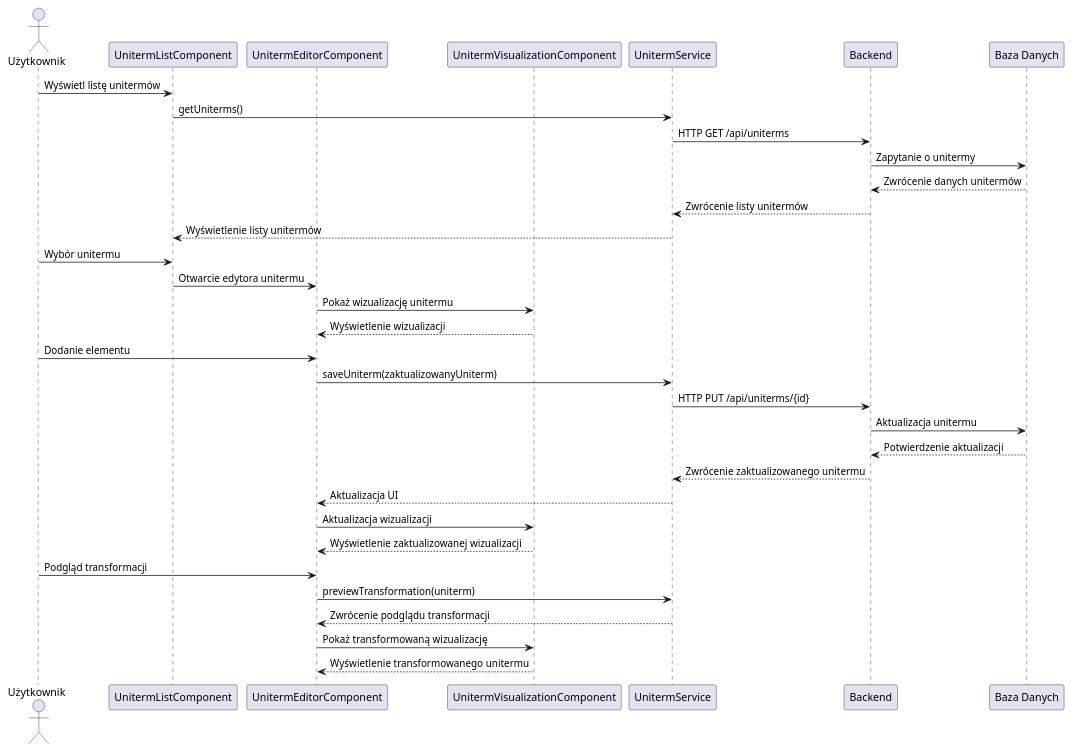
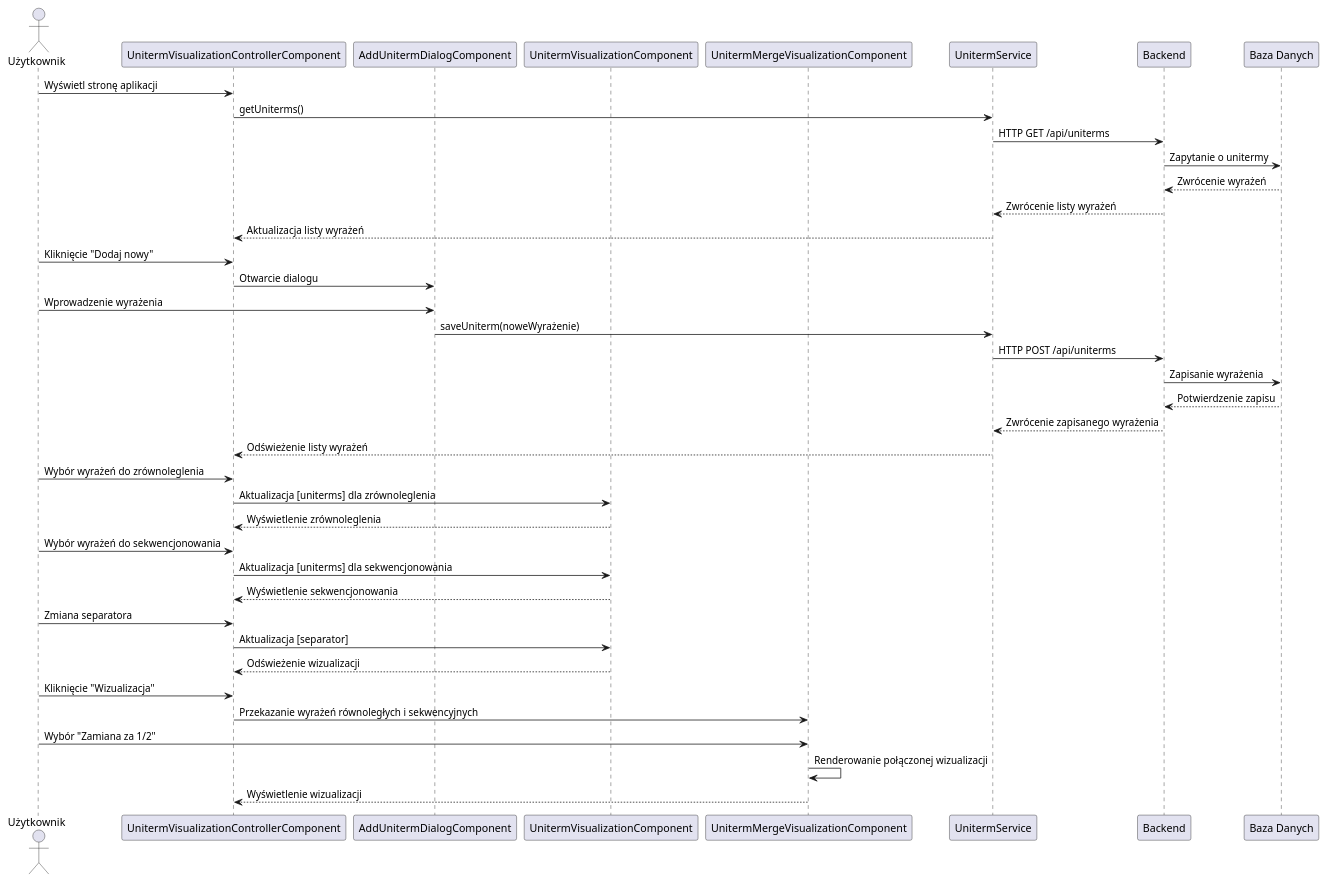
One commit to miluski/Uniterm changed the diagram in documentation/diagrams/sequence/diagram.wsd. Above: the diagram before and after it, drawn with PlantUML. The commit also changed 13 other files, not shown here.

```diff
--- a/documentation/diagrams/sequence/diagram.wsd
+++ b/documentation/diagrams/sequence/diagram.wsd
@@ -1,38 +1,46 @@
 @startuml
 actor Użytkownik
-participant "UnitermListComponent" as ULC
-participant "UnitermEditorComponent" as UEC
+participant "UnitermVisualizationControllerComponent" as UVCC
+participant "AddUnitermDialogComponent" as AUDC
 participant "UnitermVisualizationComponent" as UVC
+participant "UnitermMergeVisualizationComponent" as UMVC
 participant "UnitermService" as US
 participant "Backend" as BE
 participant "Baza Danych" as DB
 
-Użytkownik -> ULC: Wyświetl listę unitermów
-ULC -> US: getUniterms()
+Użytkownik -> UVCC: Wyświetl stronę aplikacji
+UVCC -> US: getUniterms()
 US -> BE: HTTP GET /api/uniterms
 BE -> DB: Zapytanie o unitermy
-DB --> BE: Zwrócenie danych unitermów
-BE --> US: Zwrócenie listy unitermów
-US --> ULC: Wyświetlenie listy unitermów
+DB --> BE: Zwrócenie wyrażeń
+BE --> US: Zwrócenie listy wyrażeń
+US --> UVCC: Aktualizacja listy wyrażeń
 
-Użytkownik -> ULC: Wybór unitermu
-ULC -> UEC: Otwarcie edytora unitermu
-UEC -> UVC: Pokaż wizualizację unitermu
-UVC --> UEC: Wyświetlenie wizualizacji
+Użytkownik -> UVCC: Kliknięcie "Dodaj nowy"
+UVCC -> AUDC: Otwarcie dialogu
+Użytkownik -> AUDC: Wprowadzenie wyrażenia
+AUDC -> US: saveUniterm(noweWyrażenie)
+US -> BE: HTTP POST /api/uniterms
+BE -> DB: Zapisanie wyrażenia
+DB --> BE: Potwierdzenie zapisu
+BE --> US: Zwrócenie zapisanego wyrażenia
+US --> UVCC: Odświeżenie listy wyrażeń
 
-Użytkownik -> UEC: Dodanie elementu
-UEC -> US: saveUniterm(zaktualizowanyUniterm)
-US -> BE: HTTP PUT /api/uniterms/{id}
-BE -> DB: Aktualizacja unitermu
-DB --> BE: Potwierdzenie aktualizacji
-BE --> US: Zwrócenie zaktualizowanego unitermu
-US --> UEC: Aktualizacja UI
-UEC -> UVC: Aktualizacja wizualizacji
-UVC --> UEC: Wyświetlenie zaktualizowanej wizualizacji
+Użytkownik -> UVCC: Wybór wyrażeń do zrównoleglenia
+UVCC -> UVC: Aktualizacja [uniterms] dla zrównoleglenia
+UVC --> UVCC: Wyświetlenie zrównoleglenia
 
-Użytkownik -> UEC: Podgląd transformacji
-UEC -> US: previewTransformation(uniterm)
-US --> UEC: Zwrócenie podglądu transformacji
-UEC -> UVC: Pokaż transformowaną wizualizację
-UVC --> UEC: Wyświetlenie transformowanego unitermu
+Użytkownik -> UVCC: Wybór wyrażeń do sekwencjonowania
+UVCC -> UVC: Aktualizacja [uniterms] dla sekwencjonowania
+UVC --> UVCC: Wyświetlenie sekwencjonowania
+
+Użytkownik -> UVCC: Zmiana separatora
+UVCC -> UVC: Aktualizacja [separator]
+UVC --> UVCC: Odświeżenie wizualizacji
+
+Użytkownik -> UVCC: Kliknięcie "Wizualizacja"
+UVCC -> UMVC: Przekazanie wyrażeń równoległych i sekwencyjnych
+Użytkownik -> UMVC: Wybór "Zamiana za 1/2"
+UMVC -> UMVC: Renderowanie połączonej wizualizacji
+UMVC --> UVCC: Wyświetlenie wizualizacji
 @enduml
```
